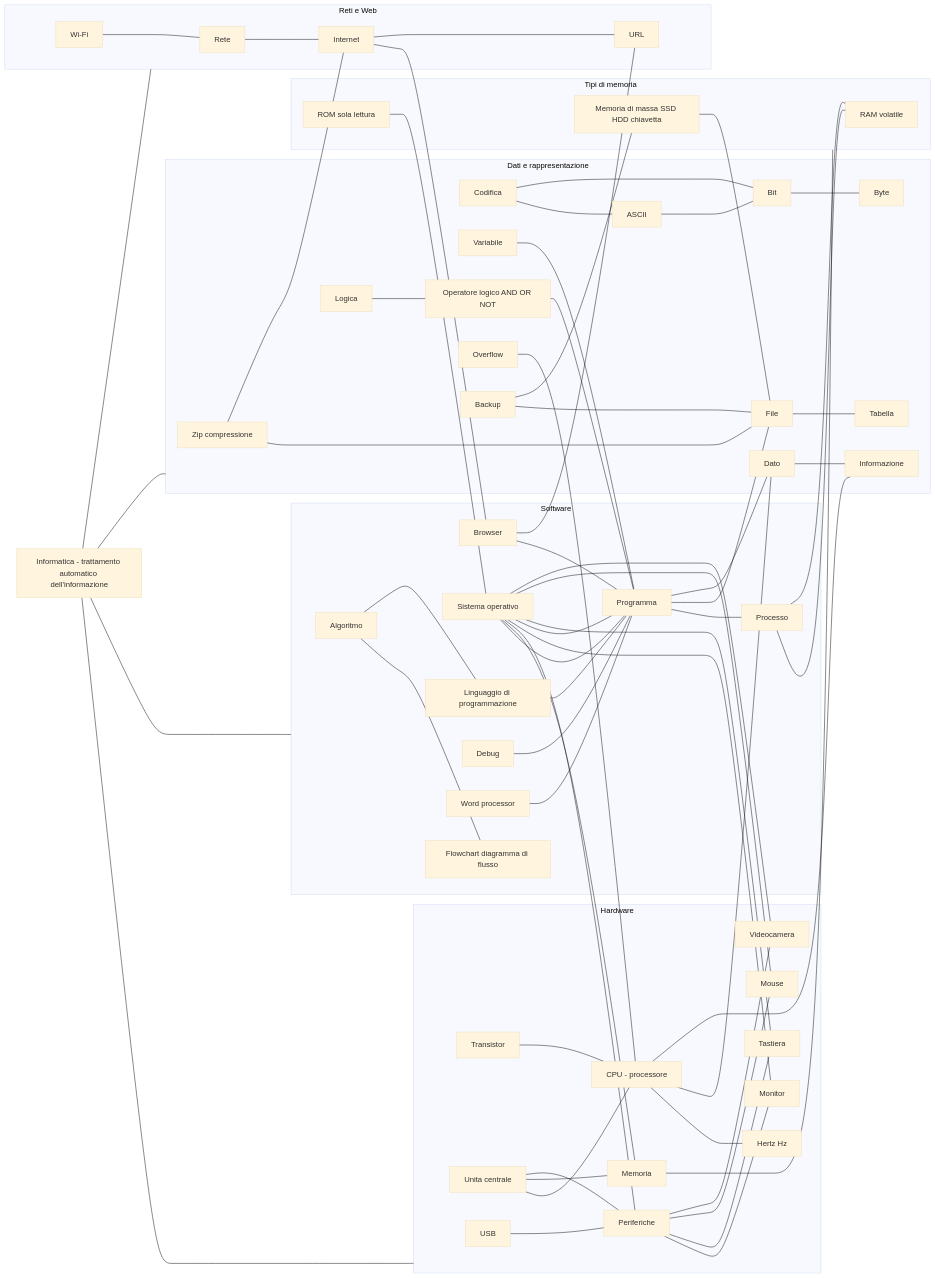
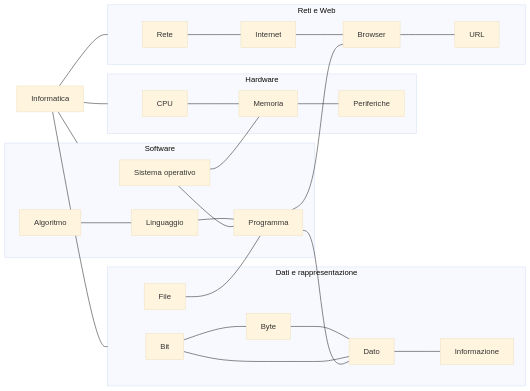
One commit to Federob/infohandouts changed the diagram in docs/dictionary/01_map.md. Above: the diagram before and after it, drawn with Mermaid (base theme).

Commit message:
simplify map [ci]

````diff
--- a/docs/dictionary/01_map.md
+++ b/docs/dictionary/01_map.md
@@ -1,144 +1,74 @@
 ```mermaid
+
 flowchart LR
 
 %% Nodo centrale
-A[Informatica - trattamento automatico dell'informazione]
+A[Informatica]
 
 %% --- CLUSTER HARDWARE ---
 subgraph H[Hardware]
-  H1[CPU - processore]
+  H1[CPU]
   H2[Memoria]
   H3[Periferiche]
-  H4[Transistor]
-  H5[Unita centrale]
-  H6[Hertz Hz]
-  H7[USB]
-  H8[Monitor]
-  H9[Tastiera]
-  H10[Mouse]
-  H11[Videocamera]
-end
-
-%% Tipi di memoria
-subgraph M[Tipi di memoria]
-  M1[RAM volatile]
-  M2[ROM sola lettura]
-  M3[Memoria di massa SSD HDD chiavetta]
 end
 
 %% --- CLUSTER SOFTWARE ---
 subgraph S[Software]
   S1[Sistema operativo]
   S2[Programma]
-  S3[Processo]
-  S4[Linguaggio di programmazione]
-  S5[Algoritmo]
-  S6[Flowchart diagramma di flusso]
-  S7[Debug]
-  S8[Word processor]
-  S9[Browser]
+  S3[Algoritmo]
+  S4[Linguaggio]
 end
 
-%% --- CLUSTER DATI & RAPPRESENTAZIONE ---
+%% --- CLUSTER DATI ---
 subgraph D[Dati e rappresentazione]
+  D4[Bit]
+  D5[Byte]
   D1[Dato]
   D2[Informazione]
-  D3[Codifica]
-  D4[Bit]
-  D5[Byte]
-  D6[ASCII]
-  D7[File]
-  D8[Tabella]
-  D9[Variabile]
-  D10[Operatore logico AND OR NOT]
-  D11[Logica]
-  D12[Overflow]
-  D13[Backup]
-  D14[Zip compressione]
+  D3[File]
 end
 
-%% --- CLUSTER RETI & WEB ---
+%% --- CLUSTER RETI ---
 subgraph R[Reti e Web]
   R1[Rete]
   R2[Internet]
-  R3[Wi-Fi]
+  R3[Browser]
   R4[URL]
 end
 
-%% Collegamenti principali
+%% Connessioni principali tra aree
 A --- H
 A --- S
 A --- D
 A --- R
 
-%% Hardware dettagli
-H5 --- H1
-H5 --- H2
-H5 --- H3
-H1 --- H6
-H4 --- H1
+%% Hardware
+H1 --- H2
+H2 --- H3
 
-%% Memoria collegamenti
-H2 --- M
-M1 --- S3
-M2 --- S1
-M3 --- D7
+%% Software
+S3 --- S4
+S4 --- S2
+S1 --- S2
 
-%% Periferiche I/O
-H3 --- H8
-H3 --- H9
-H3 --- H10
-H3 --- H11
-H7 --- H3
+%% Dati
+D4 --- D5
+D5 --- D1
+D1 --- D2
+D3 --- S2
 
-%% Software pipeline
-S5 --- S6
-S5 --- S4
-S4 --- S2
-S2 --- S1
-S2 --- S3
-S7 --- S2
+%% Connessione del bit alla catena informativa
+D4 --- D1
 
-%% Dati & rappresentazione
-D1 --- D2
-D4 --- D5
-D3 --- D6
-D6 --- D4
-D3 --- D4
-D7 --- D8
-D14 --- D7
-D13 --- D7
-D9 --- S2
-D11 --- D10
-D10 --- S2
-D12 --- H1
+%% Reti
+R1 --- R2
+R2 --- R3
+R3 --- R4
 
-%% OS e applicazioni
-S1 --- S2
+%% Ponti tra aree
+S2 --- D1
+S2 --- R3
 S1 --- H2
-S1 --- H3
-S8 --- S2
-S9 --- S2
 
-%% Input/Output
-H9 --- S1
-H10 --- S1
-H11 --- S1
-S1 --- H8
-
-%% Reti & Web
-R1 --- R2
-R3 --- R1
-R2 --- S9
-S9 --- R4
-R4 --- R2
-
-%% Ponti tra cluster
-S2 --- D7
-S2 --- D1
-S3 --- M1
-H1 --- D1
-H1 --- D2
-D13 --- M3
-D14 --- R2
 ```
````
